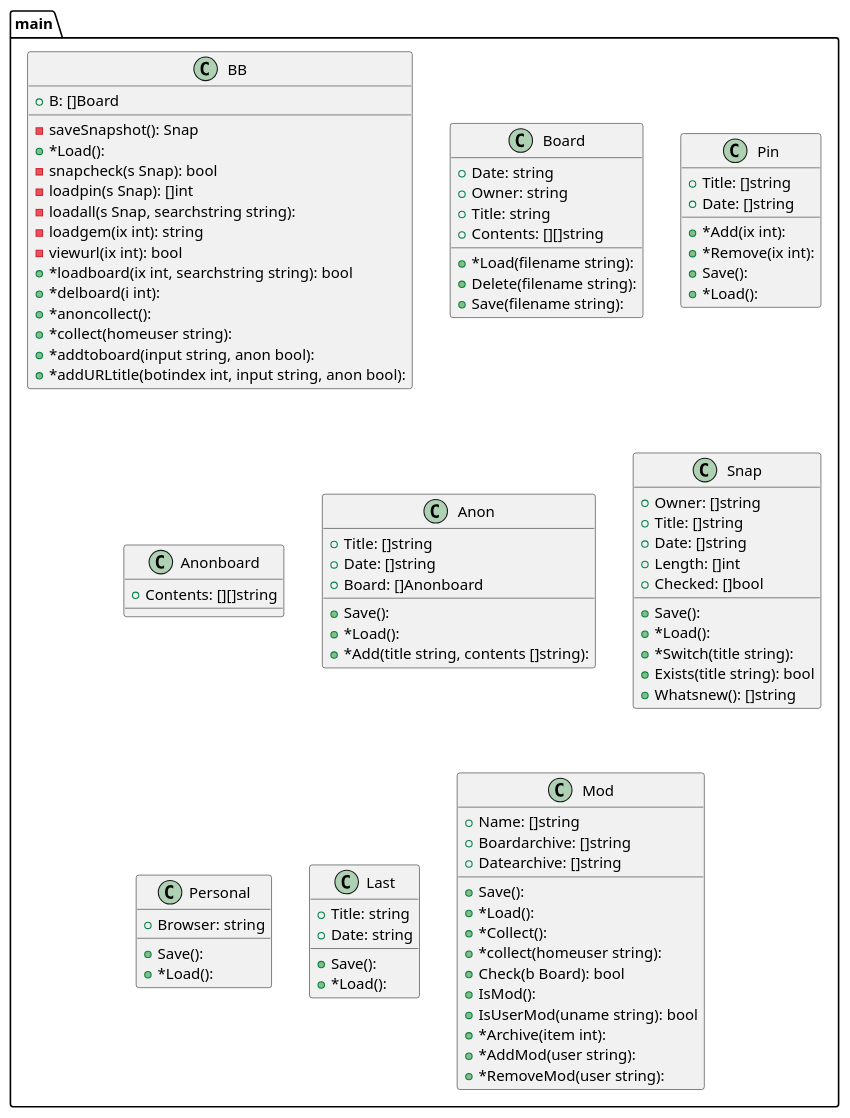
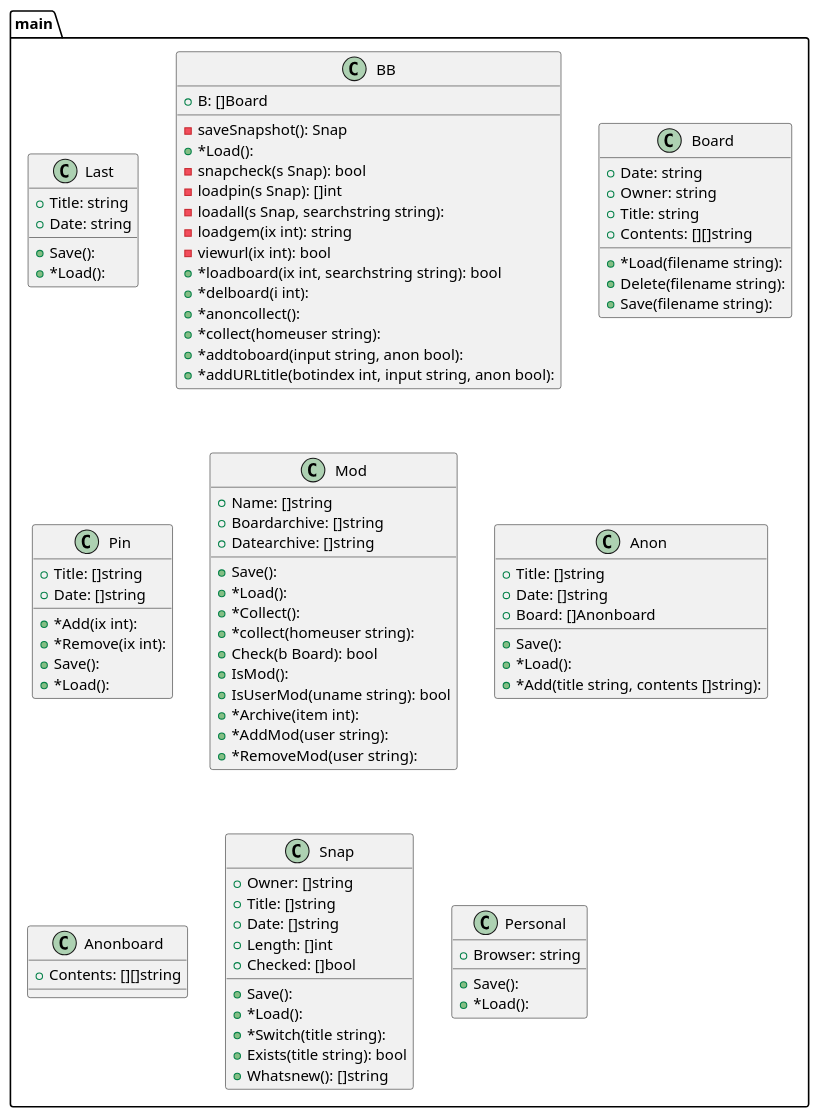
One commit to tbal999/bb changed the diagram in graph.puml. Above: the diagram before and after it, drawn with PlantUML. The commit also changed other lines of this file and 1 other file, not shown here.

```diff
--- a/graph.puml
+++ b/graph.puml
@@ -1,104 +1,104 @@
 @startuml
+package ...main{
+class Last {
++Title: string
++Date: string
++Save(): 
++*Load(): 
+}
+}
 package ...main{
 class BB {
 +B: []Board
 -saveSnapshot(): Snap
 +*Load(): 
 -snapcheck(s Snap): bool
 -loadpin(s Snap): []int
 -loadall(s Snap, searchstring string): 
 -loadgem(ix int): string
 -viewurl(ix int): bool
 +*loadboard(ix int, searchstring string): bool
 +*delboard(i int): 
 +*anoncollect(): 
 +*collect(homeuser string): 
 +*addtoboard(input string, anon bool): 
 +*addURLtitle(botindex int, input string, anon bool): 
 }
 }
 package ...main{
 class Board {
 +Date: string
 +Owner: string
 +Title: string
 +Contents: [][]string
 +*Load(filename string): 
 +Delete(filename string): 
 +Save(filename string): 
 }
 }
 package ...main{
 class Pin {
 +Title: []string
 +Date: []string
 +*Add(ix int): 
 +*Remove(ix int): 
 +Save(): 
 +*Load(): 
 }
 }
 package ...main{
-class Anonboard {
-+Contents: [][]string
-
+class Mod {
++Name: []string
++Boardarchive: []string
++Datearchive: []string
++Save(): 
++*Load(): 
++*Collect(): 
++*collect(homeuser string): 
++Check(b Board): bool
++IsMod(): 
++IsUserMod(uname string): bool
++*Archive(item int): 
++*AddMod(user string): 
++*RemoveMod(user string): 
 }
 }
 package ...main{
 class Anon {
 +Title: []string
 +Date: []string
 +Board: []Anonboard
 +Save(): 
 +*Load(): 
 +*Add(title string, contents []string): 
+}
+}
+package ...main{
+class Anonboard {
++Contents: [][]string
+
 }
 }
 package ...main{
 class Snap {
 +Owner: []string
 +Title: []string
 +Date: []string
 +Length: []int
 +Checked: []bool
 +Save(): 
 +*Load(): 
 +*Switch(title string): 
 +Exists(title string): bool
 +Whatsnew(): []string
 }
 }
 package ...main{
 class Personal {
 +Browser: string
 +Save(): 
 +*Load(): 
 }
 }
-package ...main{
-class Last {
-+Title: string
-+Date: string
-+Save(): 
-+*Load(): 
-}
-}
-package ...main{
-class Mod {
-+Name: []string
-+Boardarchive: []string
-+Datearchive: []string
-+Save(): 
-+*Load(): 
-+*Collect(): 
-+*collect(homeuser string): 
-+Check(b Board): bool
-+IsMod(): 
-+IsUserMod(uname string): bool
-+*Archive(item int): 
-+*AddMod(user string): 
-+*RemoveMod(user string): 
-}
-}
 
 @enduml
```
